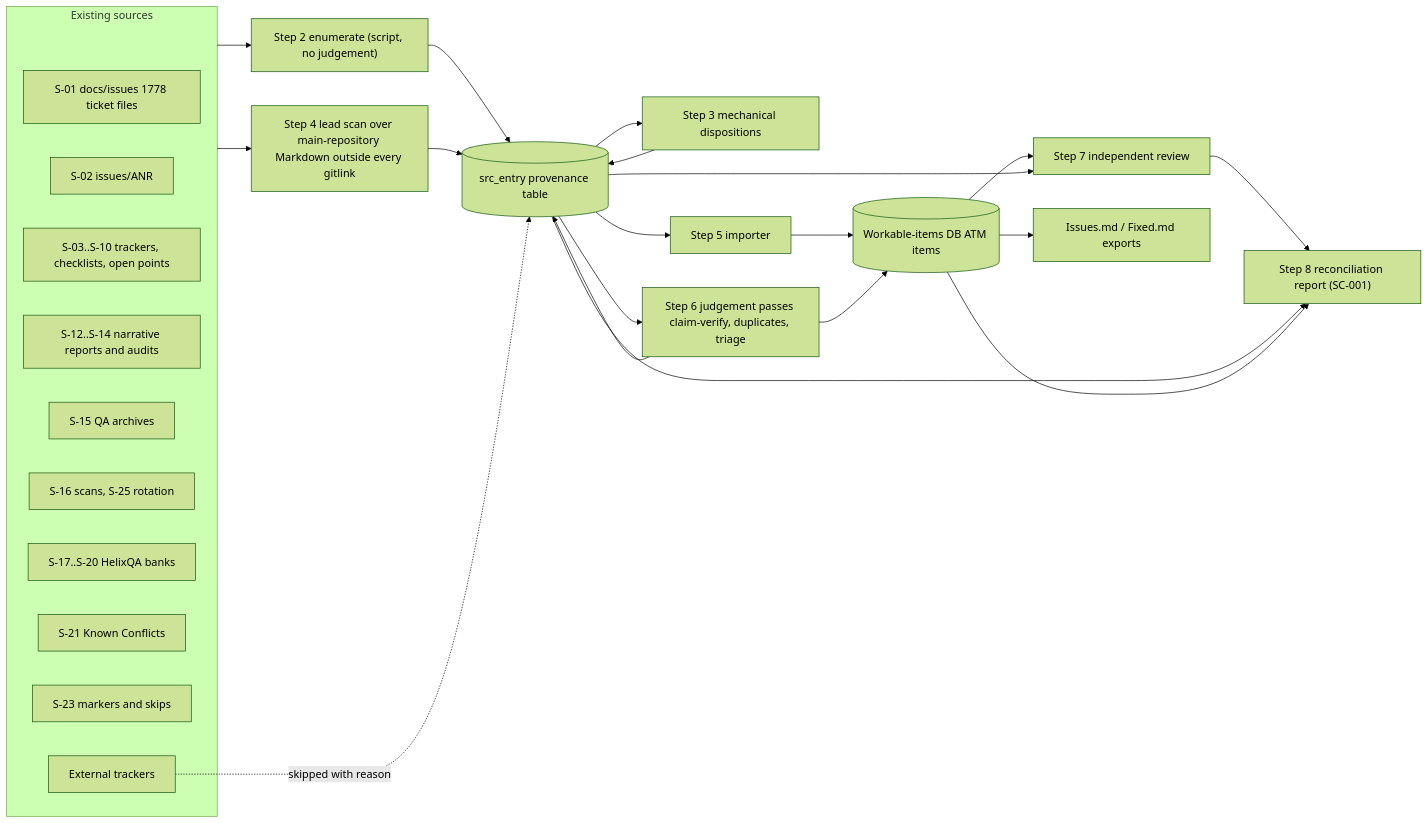
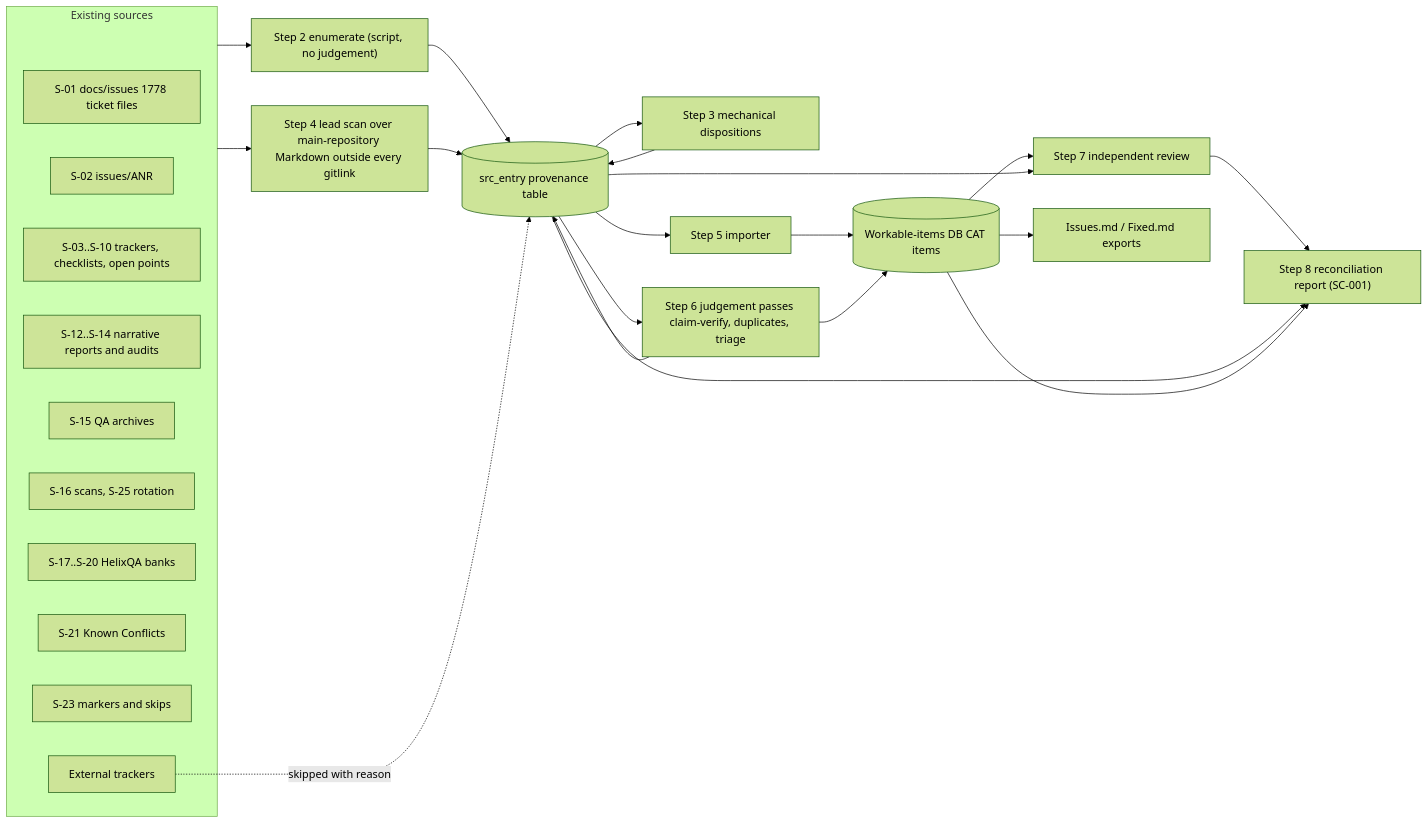
One commit to vasic-digital/catalogizer changed the first of 5 diagrams in specs/001-full-project-audit-remediation/docs/03-existing-issue-inventory.md. Above: the diagram before and after it, drawn with Mermaid (forest theme). The commit also changed other lines of this file and 1112 other files, not shown here.

````diff
--- a/specs/001-full-project-audit-remediation/docs/03-existing-issue-inventory.md
+++ b/specs/001-full-project-audit-remediation/docs/03-existing-issue-inventory.md
@@ -479,38 +479,38 @@
 ```mermaid
 flowchart LR
     subgraph SRC["Existing sources"]
         S1["S-01 docs/issues 1778 ticket files"]
         S2["S-02 issues/ANR"]
         S3["S-03..S-10 trackers, checklists, open points"]
         S4["S-12..S-14 narrative reports and audits"]
         S5["S-15 QA archives"]
         S6["S-16 scans, S-25 rotation"]
         S7["S-17..S-20 HelixQA banks"]
         S8["S-21 Known Conflicts"]
         S9["S-23 markers and skips"]
         S10["External trackers"]
     end
     ENUM["Step 2 enumerate (script, no judgement)"]
     PROV[("src_entry provenance table")]
     MECH["Step 3 mechanical dispositions"]
     LEAD["Step 4 lead scan over main-repository Markdown outside every gitlink"]
     IMP["Step 5 importer"]
     JUDGE["Step 6 judgement passes claim-verify, duplicates, triage"]
     REV["Step 7 independent review"]
-    REG[("Workable-items DB ATM items")]
+    REG[("Workable-items DB CAT items")]
     OUT["Issues.md / Fixed.md exports"]
     REP["Step 8 reconciliation report (SC-001)"]
     SRC --> ENUM --> PROV
     PROV --> MECH --> PROV
     SRC --> LEAD --> PROV
     PROV --> IMP --> REG
     PROV --> JUDGE --> REG
     JUDGE --> PROV
     REG --> REV
     PROV --> REV
     REV --> REP
     REG --> OUT
     PROV --> REP
     REG --> REP
     S10 -. "skipped with reason" .-> PROV
 ```
````
